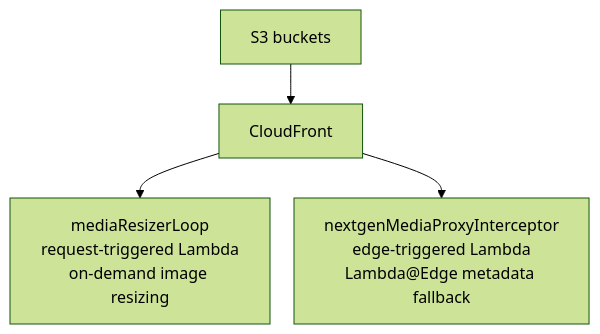
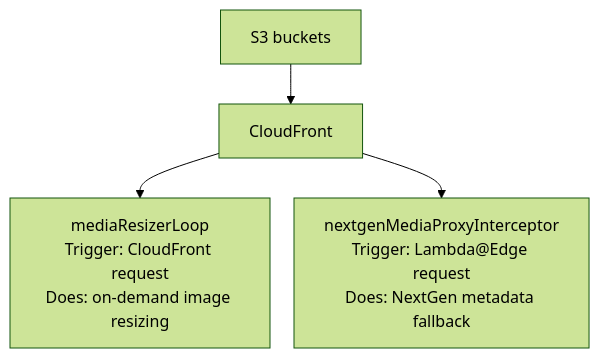
One commit to 6529-Collections/6529seize-backend changed diagram 11 of 16 in docs/architecture.md. Above: the diagram before and after it, drawn with Mermaid (forest theme). The commit also changed other lines of this file, not shown here.

````diff
--- a/docs/architecture.md
+++ b/docs/architecture.md
@@ -184,7 +184,7 @@
 ```mermaid
 %%{init: {"flowchart": {"nodeSpacing": 24, "rankSpacing": 40, "curve": "basis"}} }%%
 flowchart TD
   S3["S3 buckets"] --> CloudFront["CloudFront"]
-  CloudFront --> MediaResizerLoop["mediaResizerLoop<br/>request-triggered Lambda<br/>on-demand image resizing"]
-  CloudFront --> NextgenMediaProxyInterceptor["nextgenMediaProxyInterceptor<br/>edge-triggered Lambda<br/>Lambda@Edge metadata fallback"]
+  CloudFront --> MediaResizerLoop["mediaResizerLoop<br/>Trigger: CloudFront request<br/>Does: on-demand image resizing"]
+  CloudFront --> NextgenMediaProxyInterceptor["nextgenMediaProxyInterceptor<br/>Trigger: Lambda@Edge request<br/>Does: NextGen metadata fallback"]
 ```
````
